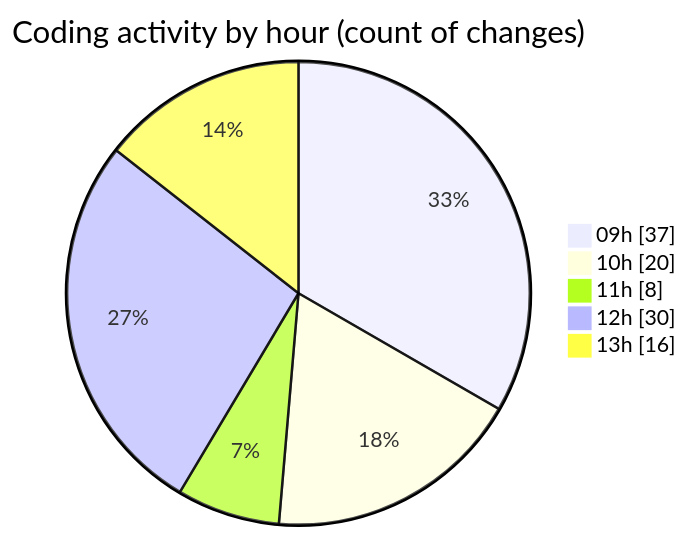
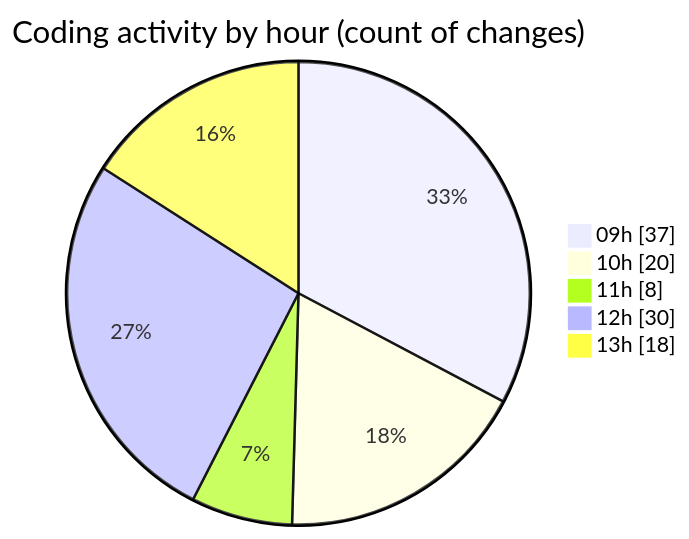
One commit to momahboobian/code-tracking changed the second of 2 diagrams in 2026-05-08/cda/README.md. Above: the diagram before and after it, drawn with Mermaid. The commit also changed other lines of this file and 1 other file, not shown here.

````diff
--- a/2026-05-08/cda/README.md
+++ b/2026-05-08/cda/README.md
@@ -51,9 +51,9 @@
 ```mermaid
 pie showData
 title Coding activity by hour (count of changes)
 "09h" : 37
 "10h" : 20
 "11h" : 8
 "12h" : 30
-"13h" : 16
+"13h" : 18
 ```
````
